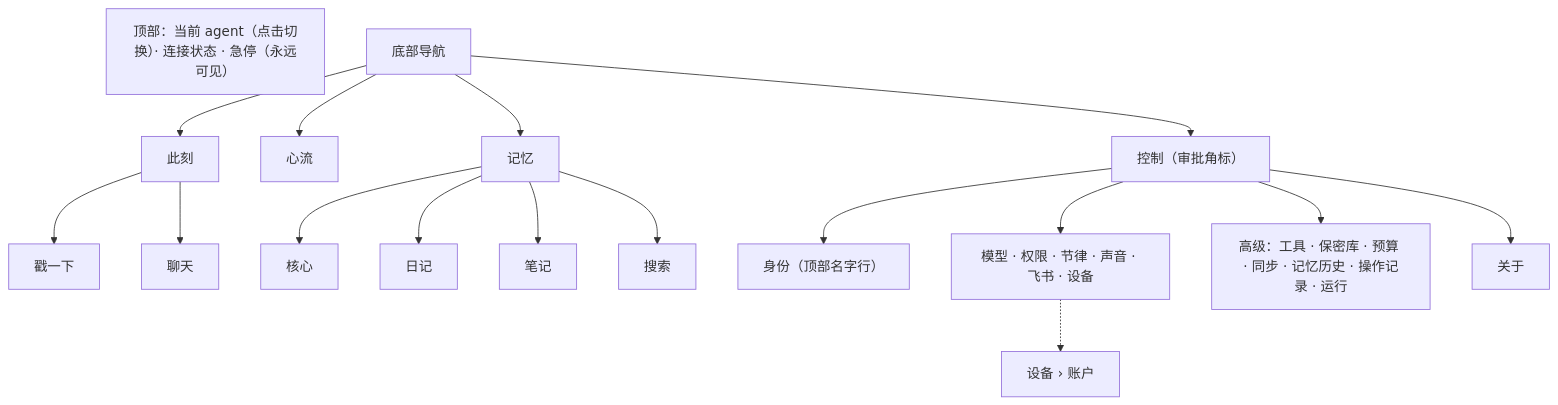
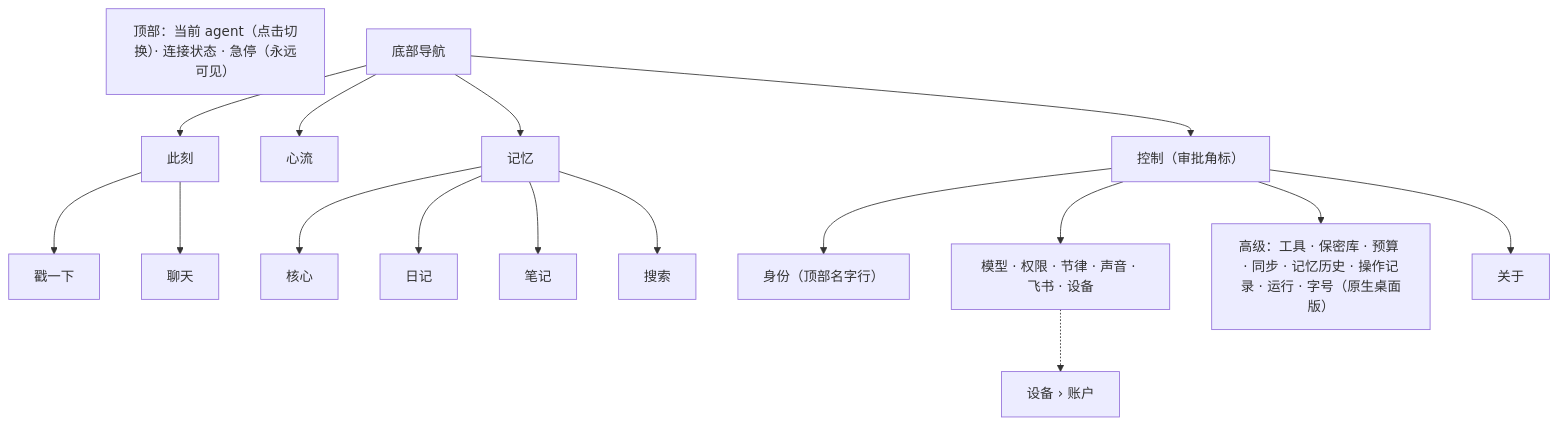
The second of 2 diagrams in console/docs/ARCHITECTURE.md (Causally-XYZ/Project.Quetzal), drawn with Mermaid before and after one commit. The commit also changed other lines of this file and 6 other files, not shown here.

````diff
--- a/console/docs/ARCHITECTURE.md
+++ b/console/docs/ARCHITECTURE.md
@@ -89,12 +90,12 @@
 ```mermaid
 flowchart TB
   TOP["顶部：当前 agent（点击切换）· 连接状态 · 急停（永远可见）"]
   NAV["底部导航"] --> A[此刻] & B[心流] & C[记忆] & D["控制（审批角标）"]
   A --> A1[戳一下] & A2[聊天]
   C --> C1[核心] & C2[日记] & C3[笔记] & C4[搜索]
   D --> D0["身份（顶部名字行）"]
   D --> D1["模型 · 权限 · 节律 · 声音 · 飞书 · 设备"]
   D1 -.-> D11["设备 › 账户"]
-  D --> D2["高级：工具 · 保密库 · 预算 · 同步 · 记忆历史 · 操作记录 · 运行"]
+  D --> D2["高级：工具 · 保密库 · 预算 · 同步 · 记忆历史 · 操作记录 · 运行 · 字号（原生桌面版）"]
   D --> D3["关于"]
 ```
````
